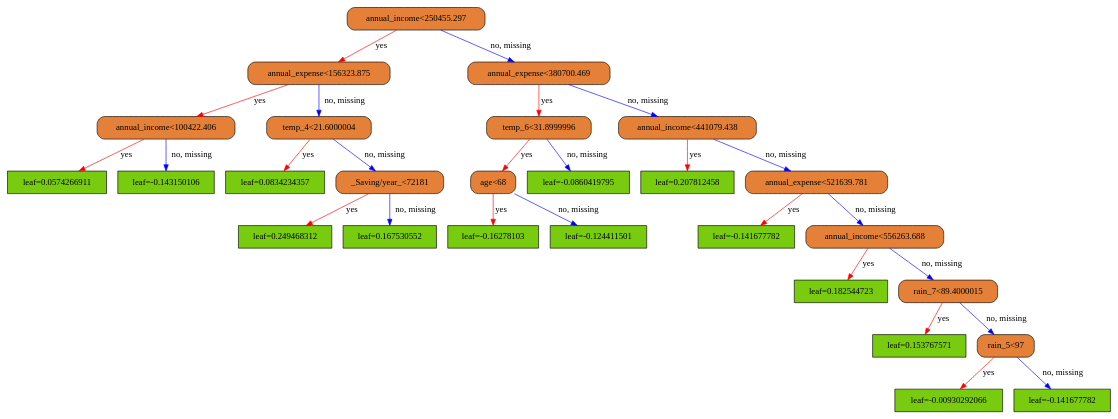
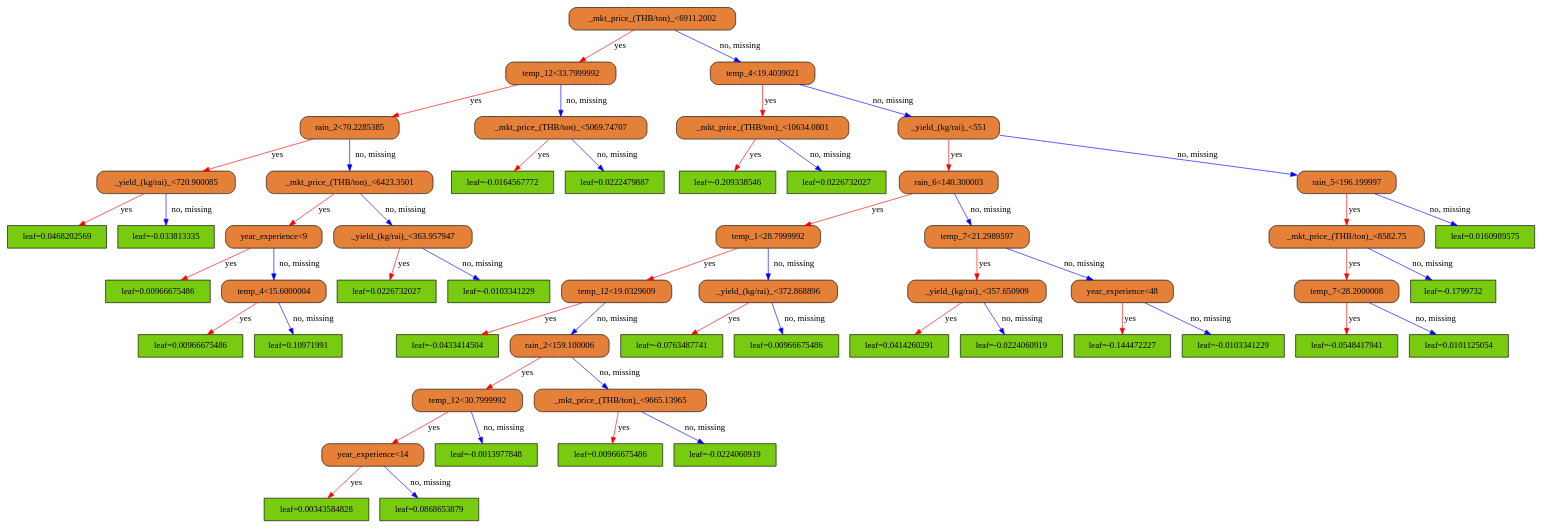
One commit to Thanaphot111/Heckathon-Fund2Farm changed the diagram in xgboost_tree.dot. Above: the diagram before and after it, drawn with Graphviz. The commit also changed 4 other files, not shown here.

```diff
--- a/xgboost_tree.dot
+++ b/xgboost_tree.dot
@@ -1,83 +1,161 @@
 digraph {
     graph [ rankdir=TB ]
 
-    0 [ label="annual_income<250455.297" fillcolor="#e48038" shape="box" style="filled, rounded" ]
+    0 [ label="_mkt_price_(THB/ton)_<6911.2002" fillcolor="#e48038" shape="box" style="filled, rounded" ]
     0 -> 1 [label="yes" color="#FF0000"]
     0 -> 2 [label="no, missing" color="#0000FF"]
 
-    1 [ label="annual_expense<156323.875" fillcolor="#e48038" shape="box" style="filled, rounded" ]
+    1 [ label="temp_12<33.7999992" fillcolor="#e48038" shape="box" style="filled, rounded" ]
     1 -> 3 [label="yes" color="#FF0000"]
     1 -> 4 [label="no, missing" color="#0000FF"]
 
-    3 [ label="annual_income<100422.406" fillcolor="#e48038" shape="box" style="filled, rounded" ]
+    3 [ label="rain_2<70.2285385" fillcolor="#e48038" shape="box" style="filled, rounded" ]
     3 -> 7 [label="yes" color="#FF0000"]
     3 -> 8 [label="no, missing" color="#0000FF"]
 
-    7 [ label="leaf=0.0574266911" fillcolor="#78cbe" shape="box" style="filled" ]
+    7 [ label="_yield_(kg/rai)_<720.900085" fillcolor="#e48038" shape="box" style="filled, rounded" ]
+    7 -> 15 [label="yes" color="#FF0000"]
+    7 -> 16 [label="no, missing" color="#0000FF"]
 
-    8 [ label="leaf=-0.143150106" fillcolor="#78cbe" shape="box" style="filled" ]
+    15 [ label="leaf=0.0468202569" fillcolor="#78cbe" shape="box" style="filled" ]
 
-    4 [ label="temp_4<21.6000004" fillcolor="#e48038" shape="box" style="filled, rounded" ]
+    16 [ label="leaf=-0.033813335" fillcolor="#78cbe" shape="box" style="filled" ]
+
+    8 [ label="_mkt_price_(THB/ton)_<6423.3501" fillcolor="#e48038" shape="box" style="filled, rounded" ]
+    8 -> 17 [label="yes" color="#FF0000"]
+    8 -> 18 [label="no, missing" color="#0000FF"]
+
+    17 [ label="year_experience<9" fillcolor="#e48038" shape="box" style="filled, rounded" ]
+    17 -> 23 [label="yes" color="#FF0000"]
+    17 -> 24 [label="no, missing" color="#0000FF"]
+
+    23 [ label="leaf=0.00966675486" fillcolor="#78cbe" shape="box" style="filled" ]
+
+    24 [ label="temp_4<15.6000004" fillcolor="#e48038" shape="box" style="filled, rounded" ]
+    24 -> 33 [label="yes" color="#FF0000"]
+    24 -> 34 [label="no, missing" color="#0000FF"]
+
+    33 [ label="leaf=0.00966675486" fillcolor="#78cbe" shape="box" style="filled" ]
+
+    34 [ label="leaf=0.10971991" fillcolor="#78cbe" shape="box" style="filled" ]
+
+    18 [ label="_yield_(kg/rai)_<363.957947" fillcolor="#e48038" shape="box" style="filled, rounded" ]
+    18 -> 25 [label="yes" color="#FF0000"]
+    18 -> 26 [label="no, missing" color="#0000FF"]
+
+    25 [ label="leaf=0.0226732027" fillcolor="#78cbe" shape="box" style="filled" ]
+
+    26 [ label="leaf=-0.0103341229" fillcolor="#78cbe" shape="box" style="filled" ]
+
+    4 [ label="_mkt_price_(THB/ton)_<5069.74707" fillcolor="#e48038" shape="box" style="filled, rounded" ]
     4 -> 9 [label="yes" color="#FF0000"]
     4 -> 10 [label="no, missing" color="#0000FF"]
 
-    9 [ label="leaf=0.0834234357" fillcolor="#78cbe" shape="box" style="filled" ]
+    9 [ label="leaf=-0.0164567772" fillcolor="#78cbe" shape="box" style="filled" ]
 
-    10 [ label="_Saving/year_<72181" fillcolor="#e48038" shape="box" style="filled, rounded" ]
-    10 -> 15 [label="yes" color="#FF0000"]
-    10 -> 16 [label="no, missing" color="#0000FF"]
+    10 [ label="leaf=0.0222479887" fillcolor="#78cbe" shape="box" style="filled" ]
 
-    15 [ label="leaf=0.249468312" fillcolor="#78cbe" shape="box" style="filled" ]
-
-    16 [ label="leaf=0.167530552" fillcolor="#78cbe" shape="box" style="filled" ]
-
-    2 [ label="annual_expense<380700.469" fillcolor="#e48038" shape="box" style="filled, rounded" ]
+    2 [ label="temp_4<19.4039021" fillcolor="#e48038" shape="box" style="filled, rounded" ]
     2 -> 5 [label="yes" color="#FF0000"]
     2 -> 6 [label="no, missing" color="#0000FF"]
 
-    5 [ label="temp_6<31.8999996" fillcolor="#e48038" shape="box" style="filled, rounded" ]
+    5 [ label="_mkt_price_(THB/ton)_<10634.0801" fillcolor="#e48038" shape="box" style="filled, rounded" ]
     5 -> 11 [label="yes" color="#FF0000"]
     5 -> 12 [label="no, missing" color="#0000FF"]
 
-    11 [ label="age<68" fillcolor="#e48038" shape="box" style="filled, rounded" ]
-    11 -> 17 [label="yes" color="#FF0000"]
-    11 -> 18 [label="no, missing" color="#0000FF"]
+    11 [ label="leaf=-0.209338546" fillcolor="#78cbe" shape="box" style="filled" ]
 
-    17 [ label="leaf=-0.16278103" fillcolor="#78cbe" shape="box" style="filled" ]
+    12 [ label="leaf=0.0226732027" fillcolor="#78cbe" shape="box" style="filled" ]
 
-    18 [ label="leaf=-0.124411501" fillcolor="#78cbe" shape="box" style="filled" ]
-
-    12 [ label="leaf=-0.0860419795" fillcolor="#78cbe" shape="box" style="filled" ]
-
-    6 [ label="annual_income<441079.438" fillcolor="#e48038" shape="box" style="filled, rounded" ]
+    6 [ label="_yield_(kg/rai)_<551" fillcolor="#e48038" shape="box" style="filled, rounded" ]
     6 -> 13 [label="yes" color="#FF0000"]
     6 -> 14 [label="no, missing" color="#0000FF"]
 
-    13 [ label="leaf=0.207812458" fillcolor="#78cbe" shape="box" style="filled" ]
+    13 [ label="rain_6<140.300003" fillcolor="#e48038" shape="box" style="filled, rounded" ]
+    13 -> 19 [label="yes" color="#FF0000"]
+    13 -> 20 [label="no, missing" color="#0000FF"]
 
-    14 [ label="annual_expense<521639.781" fillcolor="#e48038" shape="box" style="filled, rounded" ]
-    14 -> 19 [label="yes" color="#FF0000"]
-    14 -> 20 [label="no, missing" color="#0000FF"]
+    19 [ label="temp_1<28.7999992" fillcolor="#e48038" shape="box" style="filled, rounded" ]
+    19 -> 27 [label="yes" color="#FF0000"]
+    19 -> 28 [label="no, missing" color="#0000FF"]
 
-    19 [ label="leaf=-0.141677782" fillcolor="#78cbe" shape="box" style="filled" ]
+    27 [ label="temp_12<19.0329609" fillcolor="#e48038" shape="box" style="filled, rounded" ]
+    27 -> 35 [label="yes" color="#FF0000"]
+    27 -> 36 [label="no, missing" color="#0000FF"]
 
-    20 [ label="annual_income<556263.688" fillcolor="#e48038" shape="box" style="filled, rounded" ]
-    20 -> 21 [label="yes" color="#FF0000"]
-    20 -> 22 [label="no, missing" color="#0000FF"]
+    35 [ label="leaf=-0.0433414504" fillcolor="#78cbe" shape="box" style="filled" ]
 
-    21 [ label="leaf=0.182544723" fillcolor="#78cbe" shape="box" style="filled" ]
+    36 [ label="rain_2<159.100006" fillcolor="#e48038" shape="box" style="filled, rounded" ]
+    36 -> 45 [label="yes" color="#FF0000"]
+    36 -> 46 [label="no, missing" color="#0000FF"]
 
-    22 [ label="rain_7<89.4000015" fillcolor="#e48038" shape="box" style="filled, rounded" ]
-    22 -> 23 [label="yes" color="#FF0000"]
-    22 -> 24 [label="no, missing" color="#0000FF"]
+    45 [ label="temp_12<30.7999992" fillcolor="#e48038" shape="box" style="filled, rounded" ]
+    45 -> 47 [label="yes" color="#FF0000"]
+    45 -> 48 [label="no, missing" color="#0000FF"]
 
-    23 [ label="leaf=0.153767571" fillcolor="#78cbe" shape="box" style="filled" ]
+    47 [ label="year_experience<14" fillcolor="#e48038" shape="box" style="filled, rounded" ]
+    47 -> 51 [label="yes" color="#FF0000"]
+    47 -> 52 [label="no, missing" color="#0000FF"]
 
-    24 [ label="rain_5<97" fillcolor="#e48038" shape="box" style="filled, rounded" ]
-    24 -> 25 [label="yes" color="#FF0000"]
-    24 -> 26 [label="no, missing" color="#0000FF"]
+    51 [ label="leaf=0.00343584828" fillcolor="#78cbe" shape="box" style="filled" ]
 
-    25 [ label="leaf=-0.00930292066" fillcolor="#78cbe" shape="box" style="filled" ]
+    52 [ label="leaf=0.0868653879" fillcolor="#78cbe" shape="box" style="filled" ]
 
-    26 [ label="leaf=-0.141677782" fillcolor="#78cbe" shape="box" style="filled" ]
+    48 [ label="leaf=-0.0013977848" fillcolor="#78cbe" shape="box" style="filled" ]
+
+    46 [ label="_mkt_price_(THB/ton)_<9665.13965" fillcolor="#e48038" shape="box" style="filled, rounded" ]
+    46 -> 49 [label="yes" color="#FF0000"]
+    46 -> 50 [label="no, missing" color="#0000FF"]
+
+    49 [ label="leaf=0.00966675486" fillcolor="#78cbe" shape="box" style="filled" ]
+
+    50 [ label="leaf=-0.0224060919" fillcolor="#78cbe" shape="box" style="filled" ]
+
+    28 [ label="_yield_(kg/rai)_<372.868896" fillcolor="#e48038" shape="box" style="filled, rounded" ]
+    28 -> 37 [label="yes" color="#FF0000"]
+    28 -> 38 [label="no, missing" color="#0000FF"]
+
+    37 [ label="leaf=-0.0763487741" fillcolor="#78cbe" shape="box" style="filled" ]
+
+    38 [ label="leaf=0.00966675486" fillcolor="#78cbe" shape="box" style="filled" ]
+
+    20 [ label="temp_7<21.2989597" fillcolor="#e48038" shape="box" style="filled, rounded" ]
+    20 -> 29 [label="yes" color="#FF0000"]
+    20 -> 30 [label="no, missing" color="#0000FF"]
+
+    29 [ label="_yield_(kg/rai)_<357.650909" fillcolor="#e48038" shape="box" style="filled, rounded" ]
+    29 -> 39 [label="yes" color="#FF0000"]
+    29 -> 40 [label="no, missing" color="#0000FF"]
+
+    39 [ label="leaf=0.0414260291" fillcolor="#78cbe" shape="box" style="filled" ]
+
+    40 [ label="leaf=-0.0224060919" fillcolor="#78cbe" shape="box" style="filled" ]
+
+    30 [ label="year_experience<48" fillcolor="#e48038" shape="box" style="filled, rounded" ]
+    30 -> 41 [label="yes" color="#FF0000"]
+    30 -> 42 [label="no, missing" color="#0000FF"]
+
+    41 [ label="leaf=-0.144472227" fillcolor="#78cbe" shape="box" style="filled" ]
+
+    42 [ label="leaf=-0.0103341229" fillcolor="#78cbe" shape="box" style="filled" ]
+
+    14 [ label="rain_5<196.199997" fillcolor="#e48038" shape="box" style="filled, rounded" ]
+    14 -> 21 [label="yes" color="#FF0000"]
+    14 -> 22 [label="no, missing" color="#0000FF"]
+
+    21 [ label="_mkt_price_(THB/ton)_<8582.75" fillcolor="#e48038" shape="box" style="filled, rounded" ]
+    21 -> 31 [label="yes" color="#FF0000"]
+    21 -> 32 [label="no, missing" color="#0000FF"]
+
+    31 [ label="temp_7<28.2000008" fillcolor="#e48038" shape="box" style="filled, rounded" ]
+    31 -> 43 [label="yes" color="#FF0000"]
+    31 -> 44 [label="no, missing" color="#0000FF"]
+
+    43 [ label="leaf=-0.0548417941" fillcolor="#78cbe" shape="box" style="filled" ]
+
+    44 [ label="leaf=0.0101125054" fillcolor="#78cbe" shape="box" style="filled" ]
+
+    32 [ label="leaf=-0.1799732" fillcolor="#78cbe" shape="box" style="filled" ]
+
+    22 [ label="leaf=0.0160989575" fillcolor="#78cbe" shape="box" style="filled" ]
 }
```
